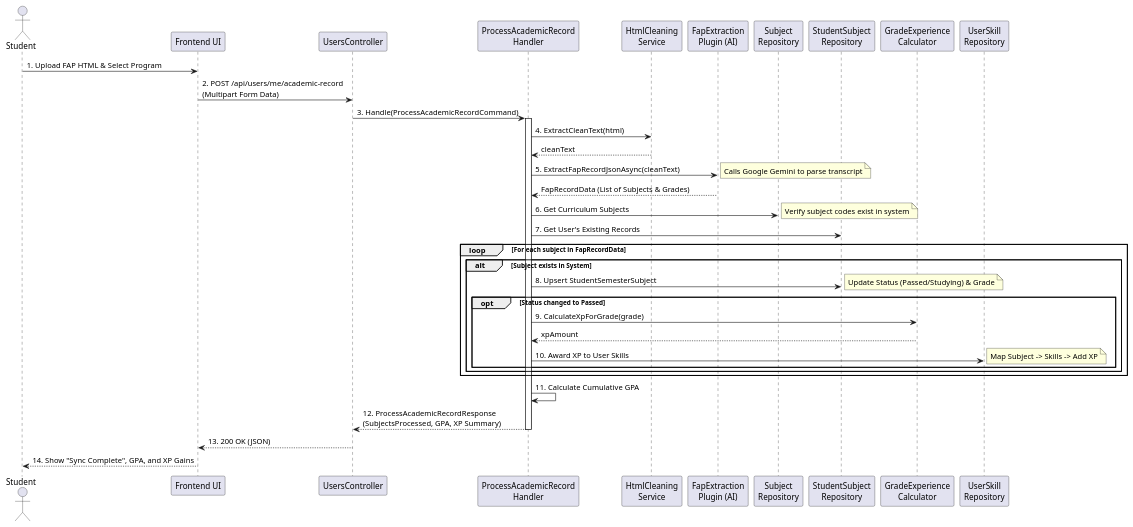
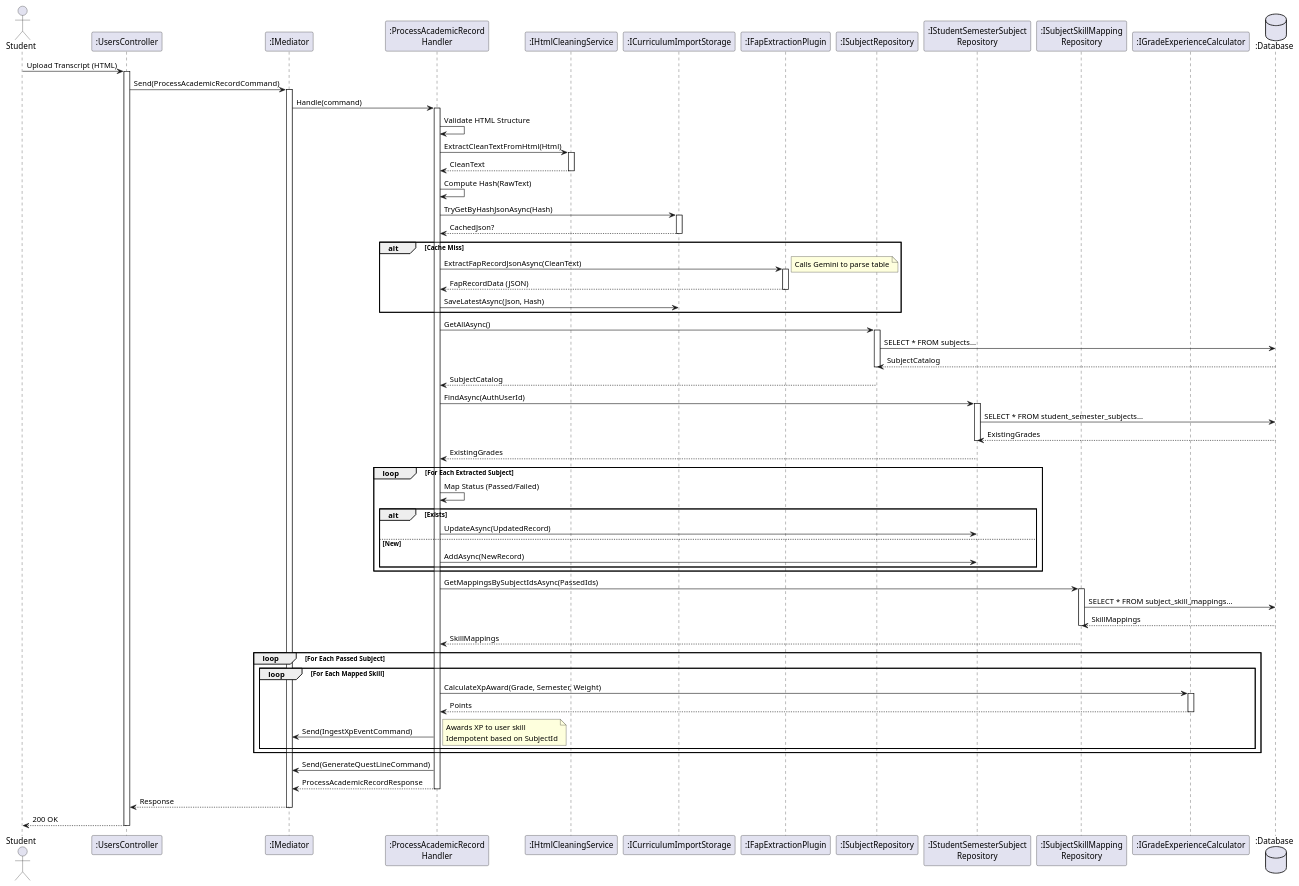
One commit to FA25SE050-RogueLearn/RogueLearn.BMAD.Documentation changed the diagram in docs/srs/diagrams/sequence-diagram/user-progress-statistic/process-academic-record.puml. Above: the diagram before and after it, drawn with PlantUML. The commit also changed 21 other files, not shown here.

```diff
--- a/docs/srs/diagrams/sequence-diagram/user-progress-statistic/process-academic-record.puml
+++ b/docs/srs/diagrams/sequence-diagram/user-progress-statistic/process-academic-record.puml
@@ -1,52 +1,108 @@
 @startuml
 actor Student
-participant "Frontend UI" as UI
-participant "UsersController" as Controller
-participant "ProcessAcademicRecord\nHandler" as Handler
-participant "HtmlCleaning\nService" as Cleaner
-participant "FapExtraction\nPlugin (AI)" as AI
-participant "Subject\nRepository" as SubRepo
-participant "StudentSubject\nRepository" as StuSubRepo
-participant "GradeExperience\nCalculator" as GpaCalc
-participant "UserSkill\nRepository" as SkillRepo
+participant ":UsersController" as Controller
+participant ":IMediator" as Med
+participant ":ProcessAcademicRecord\nHandler" as Handler
+participant ":IHtmlCleaningService" as Cleaner
+participant ":ICurriculumImportStorage" as Cache
+participant ":IFapExtractionPlugin" as AIPlugin
+participant ":ISubjectRepository" as SubRepo
+participant ":IStudentSemesterSubject\nRepository" as GradeRepo
+participant ":ISubjectSkillMapping\nRepository" as MappingRepo
+participant ":IGradeExperienceCalculator" as Calc
+database ":Database" as DB
 
-Student -> UI : 1. Upload FAP HTML & Select Program
-UI -> Controller : 2. POST /api/users/me/academic-record\n(Multipart Form Data)
-Controller -> Handler : 3. Handle(ProcessAcademicRecordCommand)
+Student -> Controller : Upload Transcript (HTML)
+activate Controller
 
+Controller -> Med : Send(ProcessAcademicRecordCommand)
+activate Med
+
+Med -> Handler : Handle(command)
 activate Handler
-    Handler -> Cleaner : 4. ExtractCleanText(html)
-    Cleaner --> Handler : cleanText
 
-    Handler -> AI : 5. ExtractFapRecordJsonAsync(cleanText)
-    note right: Calls Google Gemini to parse transcript
-    AI --> Handler : FapRecordData (List of Subjects & Grades)
+' 1. Clean & Parse
+Handler -> Handler : Validate HTML Structure
+Handler -> Cleaner : ExtractCleanTextFromHtml(Html)
+activate Cleaner
+Cleaner --> Handler : CleanText
+deactivate Cleaner
 
-    Handler -> SubRepo : 6. Get Curriculum Subjects
-    note right: Verify subject codes exist in system
+Handler -> Handler : Compute Hash(RawText)
+Handler -> Cache : TryGetByHashJsonAsync(Hash)
+activate Cache
+Cache --> Handler : CachedJson?
+deactivate Cache
 
-    Handler -> StuSubRepo : 7. Get User's Existing Records
+alt Cache Miss
+    Handler -> AIPlugin : ExtractFapRecordJsonAsync(CleanText)
+    activate AIPlugin
+    note right: Calls Gemini to parse table
+    AIPlugin --> Handler : FapRecordData (JSON)
+    deactivate AIPlugin
+    Handler -> Cache : SaveLatestAsync(Json, Hash)
+end
 
-    loop For each subject in FapRecordData
-        alt Subject exists in System
-            Handler -> StuSubRepo : 8. Upsert StudentSemesterSubject
-            note right: Update Status (Passed/Studying) & Grade
-            
-            opt Status changed to Passed
-                Handler -> GpaCalc : 9. CalculateXpForGrade(grade)
-                GpaCalc --> Handler : xpAmount
-                
-                Handler -> SkillRepo : 10. Award XP to User Skills
-                note right: Map Subject -> Skills -> Add XP
-            end
-        end
+' 2. Process Subjects
+Handler -> SubRepo : GetAllAsync()
+activate SubRepo
+SubRepo -> DB : SELECT * FROM subjects...
+DB --> SubRepo : SubjectCatalog
+deactivate SubRepo
+SubRepo --> Handler : SubjectCatalog
+deactivate SubRepo
+
+Handler -> GradeRepo : FindAsync(AuthUserId)
+activate GradeRepo
+GradeRepo -> DB : SELECT * FROM student_semester_subjects...
+DB --> GradeRepo : ExistingGrades
+deactivate GradeRepo
+GradeRepo --> Handler : ExistingGrades
+deactivate GradeRepo
+
+loop For Each Extracted Subject
+    Handler -> Handler : Map Status (Passed/Failed)
+    
+    alt Exists
+        Handler -> GradeRepo : UpdateAsync(UpdatedRecord)
+    else New
+        Handler -> GradeRepo : AddAsync(NewRecord)
     end
+end
 
-    Handler -> Handler : 11. Calculate Cumulative GPA
-    
-    Handler --> Controller : 12. ProcessAcademicRecordResponse\n(SubjectsProcessed, GPA, XP Summary)
+' 3. Award XP
+Handler -> MappingRepo : GetMappingsBySubjectIdsAsync(PassedIds)
+activate MappingRepo
+MappingRepo -> DB : SELECT * FROM subject_skill_mappings...
+DB --> MappingRepo : SkillMappings
+deactivate MappingRepo
+MappingRepo --> Handler : SkillMappings
+deactivate MappingRepo
+
+loop For Each Passed Subject
+    loop For Each Mapped Skill
+        Handler -> Calc : CalculateXpAward(Grade, Semester, Weight)
+        activate Calc
+        Calc --> Handler : Points
+        deactivate Calc
+        
+        Handler -> Med : Send(IngestXpEventCommand)
+        note right
+            Awards XP to user skill
+            Idempotent based on SubjectId
+        end note
+    end
+end
+
+' 4. Trigger Quest Generation
+Handler -> Med : Send(GenerateQuestLineCommand)
+
+Handler --> Med : ProcessAcademicRecordResponse
 deactivate Handler
 
-Controller --> UI : 13. 200 OK (JSON)
-UI --> Student : 14. Show "Sync Complete", GPA, and XP Gains
+Med --> Controller : Response
+deactivate Med
+
+Controller --> Student : 200 OK
+deactivate Controller
 @enduml
```
